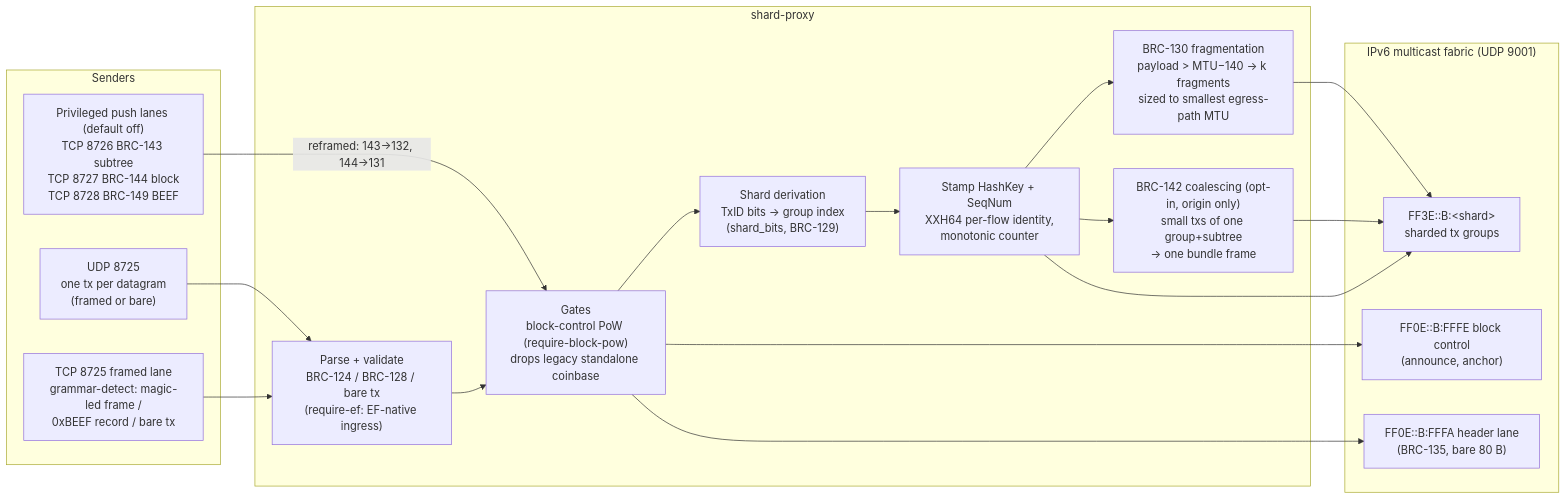
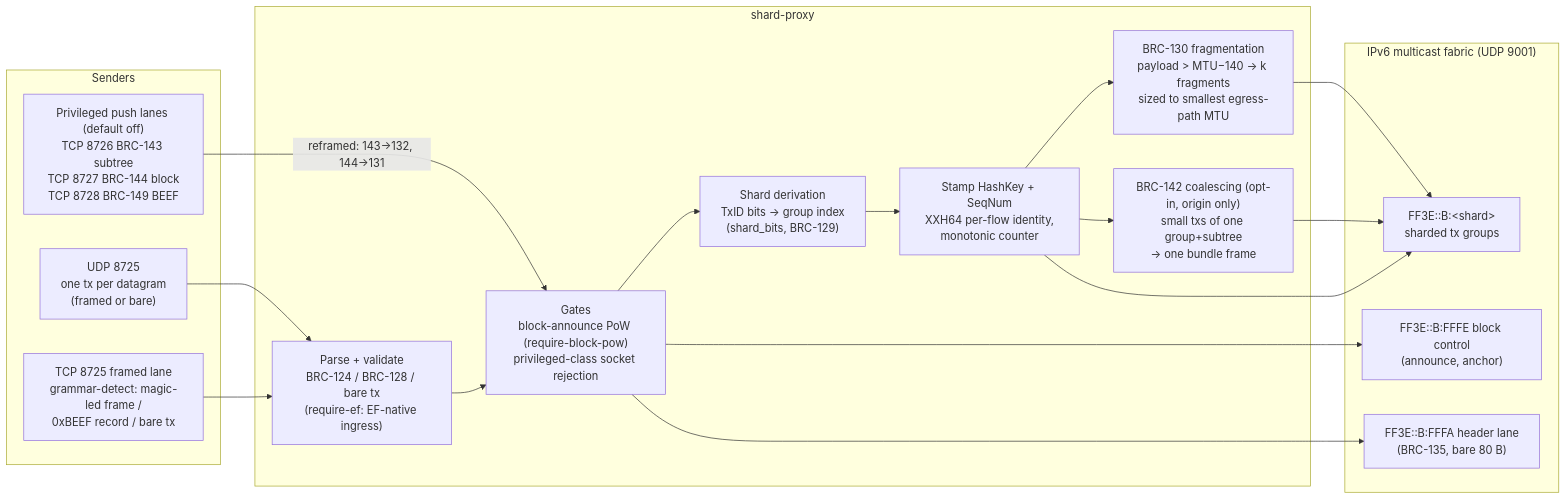
The first of 3 diagrams in diagrams/README.md (lightwebinc/bsv-multicast), drawn with Mermaid before and after one commit. The commit also changed other lines of this file and 6 other files, not shown here.

Commit message:
[Fix] doc audit: coinbase gap flow, shardBits=0, chart tables, icon

````diff
--- a/diagrams/README.md
+++ b/diagrams/README.md
@@ -18,37 +18,37 @@
 ```mermaid
 flowchart LR
     subgraph senders["Senders"]
         UDPTX["UDP 8725<br/>one tx per datagram<br/>(framed or bare)"]
         TCPTX["TCP 8725 framed lane<br/>grammar-detect: magic-led frame /<br/>0xBEEF record / bare tx"]
         PUSH["Privileged push lanes (default off)<br/>TCP 8726 BRC-143 subtree<br/>TCP 8727 BRC-144 block<br/>TCP 8728 BRC-149 BEEF"]
     end
 
     subgraph proxy["shard-proxy"]
         PARSE["Parse + validate<br/>BRC-124 / BRC-128 / bare tx<br/>(require-ef: EF-native ingress)"]
-        GATE["Gates<br/>block-control PoW (require-block-pow)<br/>drops legacy standalone coinbase"]
+        GATE["Gates<br/>block-announce PoW (require-block-pow)<br/>privileged-class socket rejection"]
         SHARD["Shard derivation<br/>TxID bits → group index<br/>(shard_bits, BRC-129)"]
         STAMP["Stamp HashKey + SeqNum<br/>XXH64 per-flow identity,<br/>monotonic counter"]
         FRAG["BRC-130 fragmentation<br/>payload > MTU−140 → k fragments<br/>sized to smallest egress-path MTU"]
         COAL["BRC-142 coalescing (opt-in, origin only)<br/>small txs of one group+subtree<br/>→ one bundle frame"]
     end
 
     subgraph fabric["IPv6 multicast fabric (UDP 9001)"]
         SHARDS["FF3E::B:&lt;shard&gt;<br/>sharded tx groups"]
-        CTRL["FF0E::B:FFFE block control<br/>(announce, anchor)"]
-        HDR["FF0E::B:FFFA header lane<br/>(BRC-135, bare 80 B)"]
+        CTRL["FF3E::B:FFFE block control<br/>(announce, anchor)"]
+        HDR["FF3E::B:FFFA header lane<br/>(BRC-135, bare 80 B)"]
     end
 
     UDPTX --> PARSE
     TCPTX --> PARSE
     PUSH -->|"reframed: 143→132, 144→131"| GATE
     PARSE --> GATE
     GATE --> SHARD
     SHARD --> STAMP
     STAMP --> FRAG
     STAMP --> COAL
     FRAG --> SHARDS
     COAL --> SHARDS
     STAMP --> SHARDS
     GATE --> CTRL
     GATE --> HDR
 ```
````
